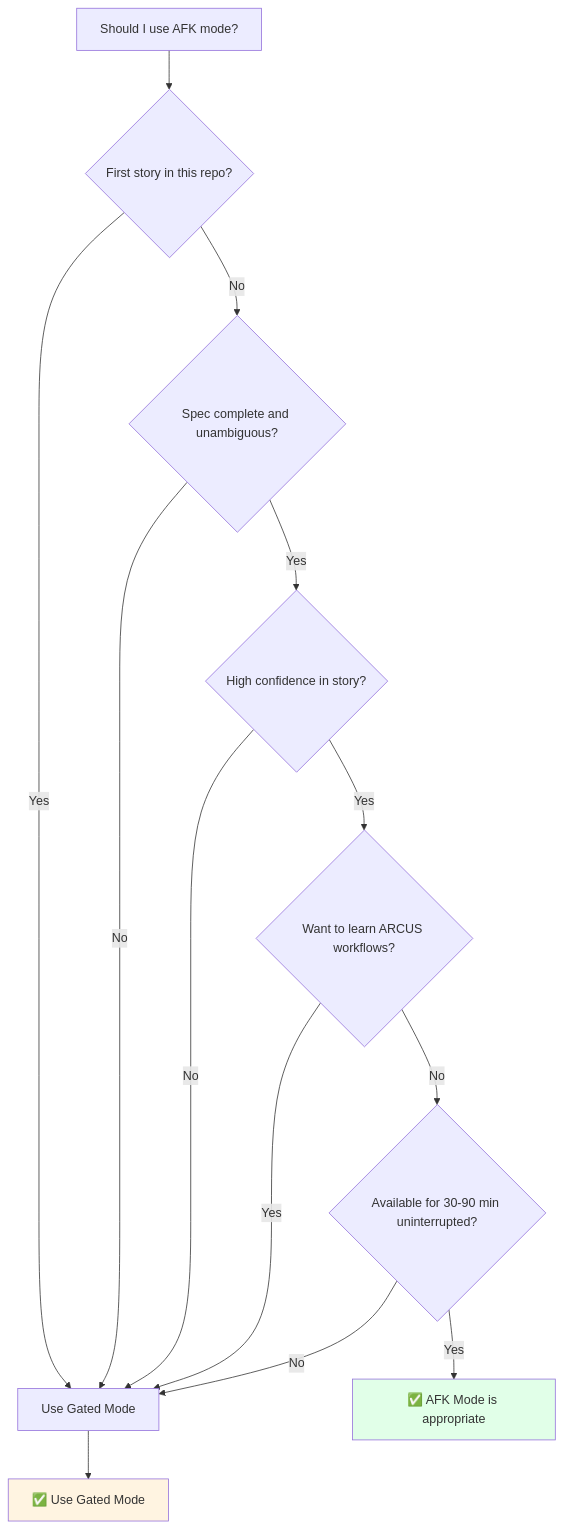
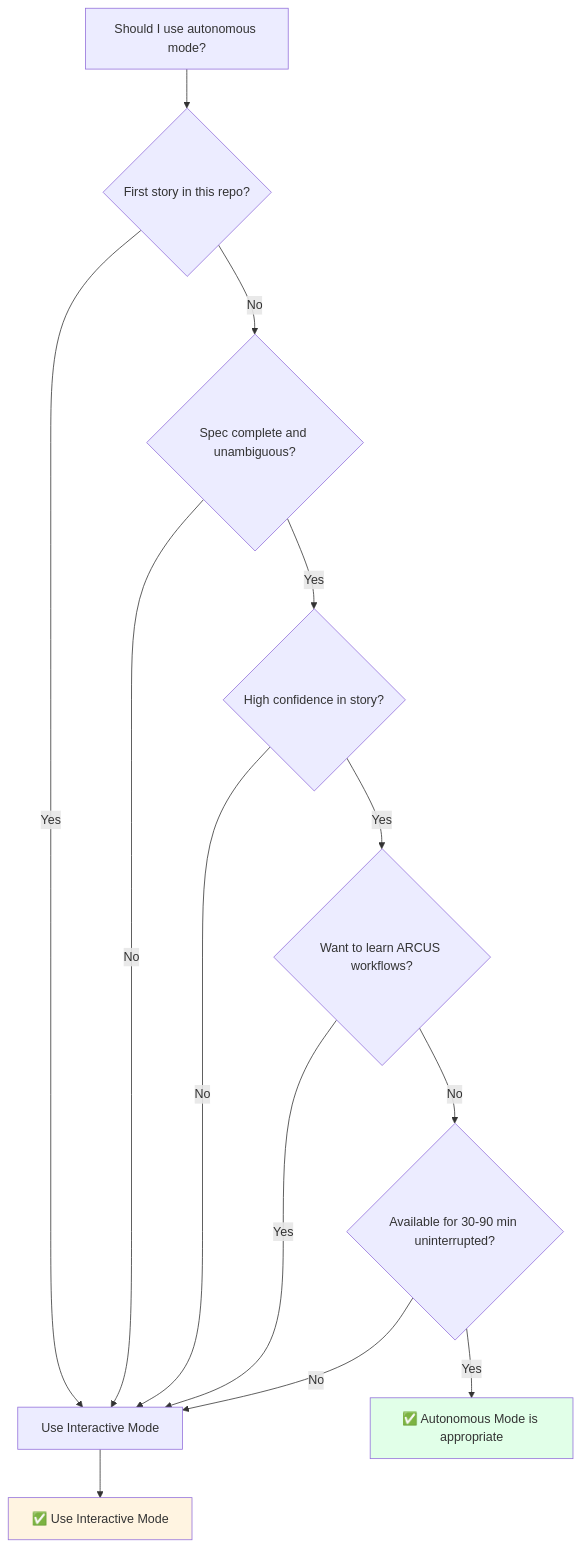
Before and after one commit to piyushbhargava1412/arcus-plugin: the diagram in plugins/arcus/skills/arcus-guide/assets/modes-explained.md, drawn with Mermaid. The commit also changed other lines of this file and 15 other files, not shown here.

Commit message:
feat(ARC-0006): Task 10: docs mindset shift - new capability-library concept page, three-tier framing, interactive/autonomous reframe, retire solution-architect refs

````diff
--- a/plugins/arcus/skills/arcus-guide/assets/modes-explained.md
+++ b/plugins/arcus/skills/arcus-guide/assets/modes-explained.md
@@ -35,19 +33,19 @@
 ```mermaid
 graph TD
-    A[Should I use AFK mode?] --> B{First story in this repo?}
-    B -->|Yes| C[Use Gated Mode]
+    A[Should I use autonomous mode?] --> B{First story in this repo?}
+    B -->|Yes| C[Use Interactive Mode]
     B -->|No| D{Spec complete and unambiguous?}
     D -->|No| C
     D -->|Yes| E{High confidence in story?}
     E -->|No| C
     E -->|Yes| F{Want to learn ARCUS workflows?}
     F -->|Yes| C
     F -->|No| G{Available for 30-90 min uninterrupted?}
     G -->|No| C
-    G -->|Yes| H[✅ AFK Mode is appropriate]
+    G -->|Yes| H[✅ Autonomous Mode is appropriate]
     
-    C --> I[✅ Use Gated Mode]
+    C --> I[✅ Use Interactive Mode]
     
     style H fill:#e1ffe8
     style I fill:#fff4e1
 ```
````
